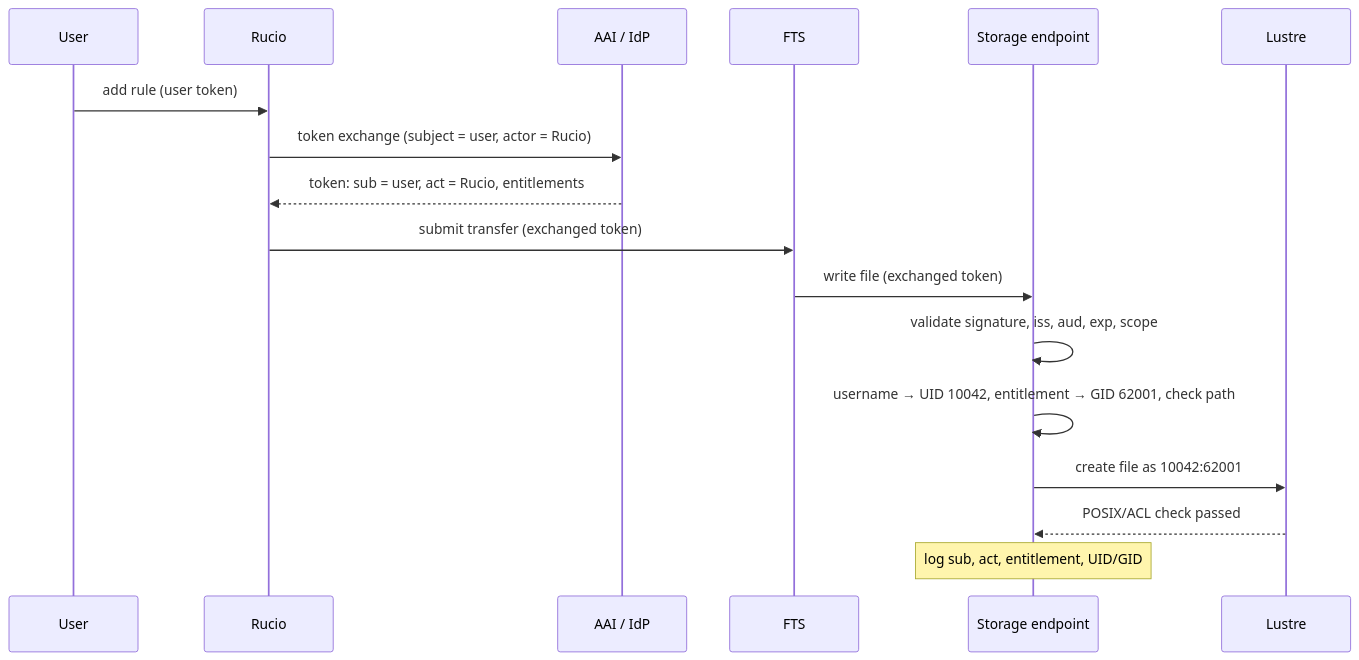
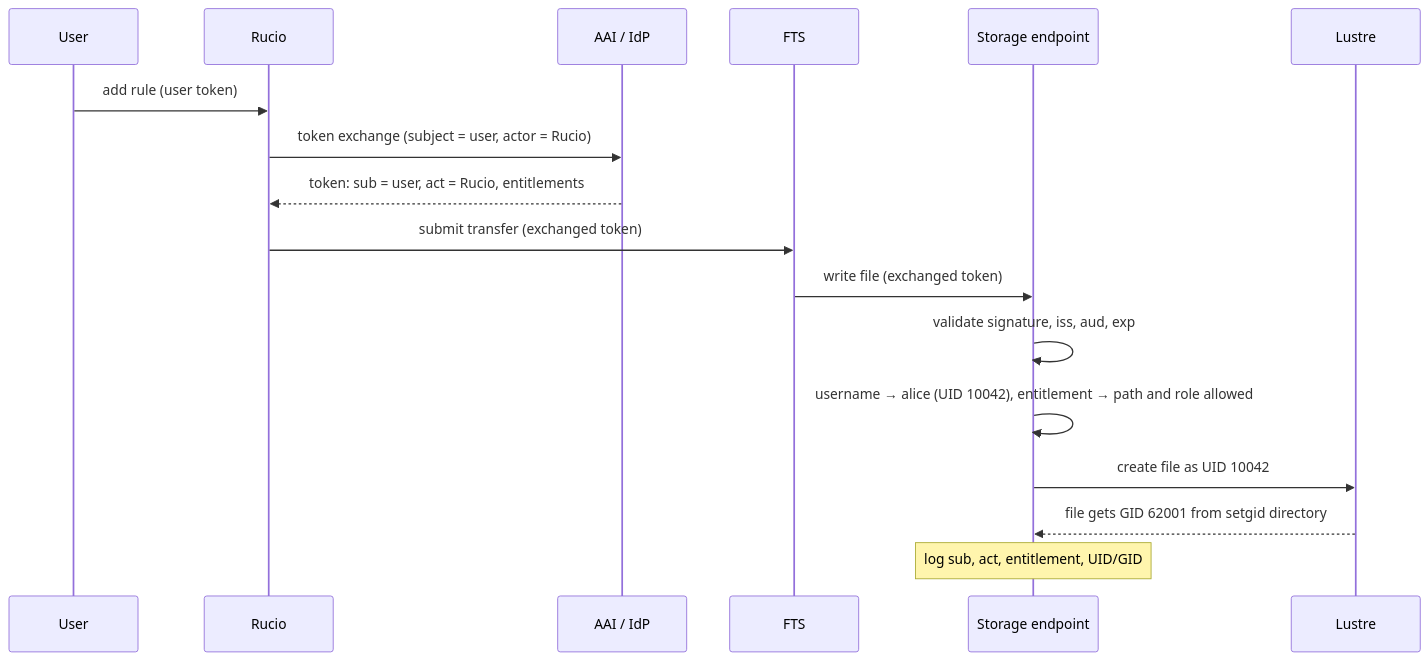
Before and after one commit to RI-SCALE/dep-dlm-testbed: the first of 2 diagrams in docs/concepts/identity-mapping-on-hpc-storage.md, drawn with Mermaid. The commit also changed other lines of this file and 3 other files, not shown here.

````diff
--- a/docs/concepts/identity-mapping-on-hpc-storage.md
+++ b/docs/concepts/identity-mapping-on-hpc-storage.md
@@ -121,20 +171,20 @@
 ```mermaid
 sequenceDiagram
 participant U as User
 participant R as Rucio
 participant I as AAI / IdP
 participant F as FTS
 participant E as Storage endpoint
 participant L as Lustre
 
 U->>R: add rule (user token)
 R->>I: token exchange (subject = user, actor = Rucio)
 I-->>R: token: sub = user, act = Rucio, entitlements
 R->>F: submit transfer (exchanged token)
 F->>E: write file (exchanged token)
-E->>E: validate signature, iss, aud, exp, scope
-E->>E: username → UID 10042, entitlement → GID 62001, check path
-E->>L: create file as 10042:62001
-L-->>E: POSIX/ACL check passed
+E->>E: validate signature, iss, aud, exp
+E->>E: username → alice (UID 10042), entitlement → path and role allowed
+E->>L: create file as UID 10042
+L-->>E: file gets GID 62001 from setgid directory
 Note over E: log sub, act, entitlement, UID/GID
 ```
````
